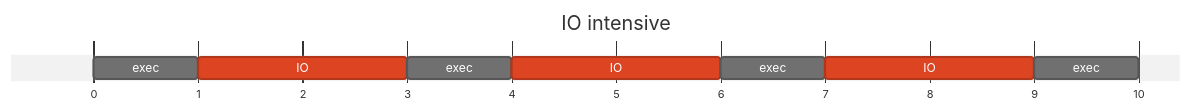
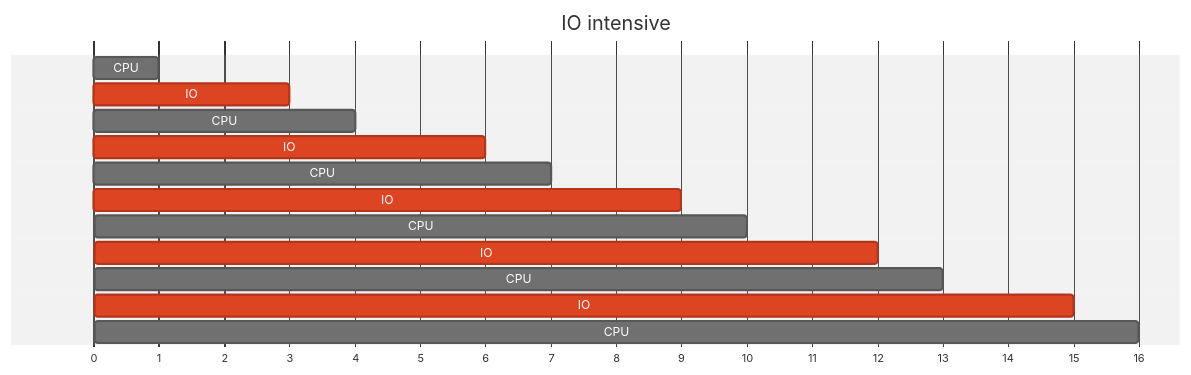
The second of 2 diagrams in CS/OS/data/24_control.md (angelromarco04/MyNotes), drawn with Mermaid (neutral theme) before and after one commit. The commit also changed other lines of this file and 1 other file, not shown here.

Commit message:
vault backup: 2024-03-25 12:00:55

````diff
--- a/CS/OS/data/24_control.md
+++ b/CS/OS/data/24_control.md
@@ -36,17 +34,21 @@
 ```mermaid
 ---
 displayMode: compact
 ---
 gantt
     title IO intensive
     dateFormat X
     axisFormat %s
     
-    exec    : a1, 0, 1
-    IO      : crit, b1, after a1, 3
-    exec    : a2, after b1, 4
-    IO      : crit, b2, after a2, 6
-    exec    : a3, after b2, 7
-    IO      : crit, b3, after a3, 9
-    exec    : a4, after b3, 10
+    CPU     : a, 0, 1
+    IO      : crit, b, 1, 3
+    CPU     : a, 3, 4
+    IO      : crit, b, 4, 6
+    CPU     : a, 6, 7
+    IO      : crit, b, 7, 9
+    CPU     : a, 9, 10
+    IO      : crit, b, 10, 12
+    CPU     : a, 12, 13
+    IO      : crit, b, 13, 15
+    CPU     : a, 15, 16
 ```
````
